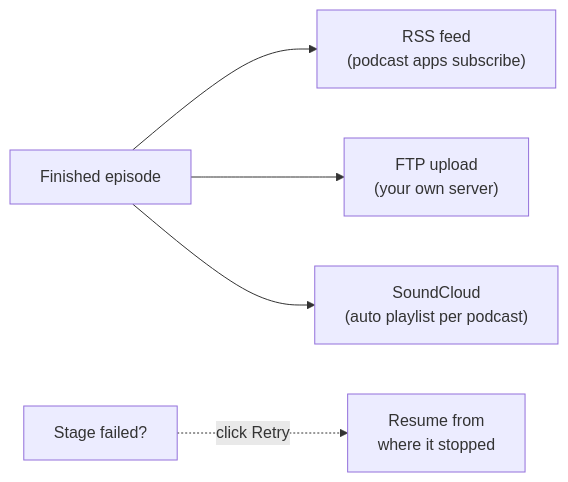
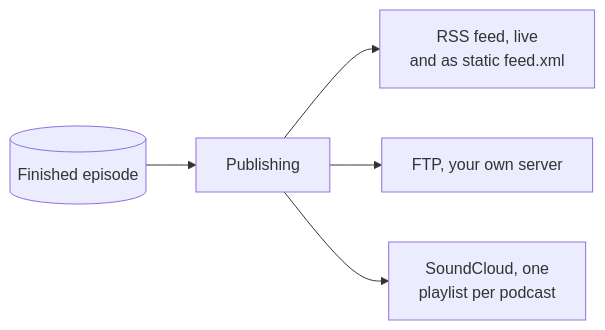
The seventh of 8 diagrams in README.md (sourcelabs-nl/ai-podcast-studio), drawn with Mermaid before and after one commit. The commit also changed other lines of this file and 8 other files, not shown here.

First line of the commit message:
docs(readme): put the pipeline stages up front and render every diagram

````diff
--- a/README.md
+++ b/README.md
@@ -111,8 +167,7 @@
 ```mermaid
-flowchart LR
-    MP3["Finished episode"] --> RSS["RSS feed<br/>(podcast apps subscribe)"]
-    MP3 --> FTP["FTP upload<br/>(your own server)"]
-    MP3 --> SC["SoundCloud<br/>(auto playlist per podcast)"]
-
-    F1["Stage failed?"] -. "click Retry" .-> RESUME["Resume from<br/>where it stopped"]
+graph LR
+    MP3[("Finished episode")]:::datastore --> PUB["Publishing"]:::platform
+    PUB --> RSS["RSS feed, live<br/>and as static feed.xml"]:::external
+    PUB --> FTP["FTP, your own server"]:::external
+    PUB --> SC["SoundCloud, one<br/>playlist per podcast"]:::external
 ```
````
